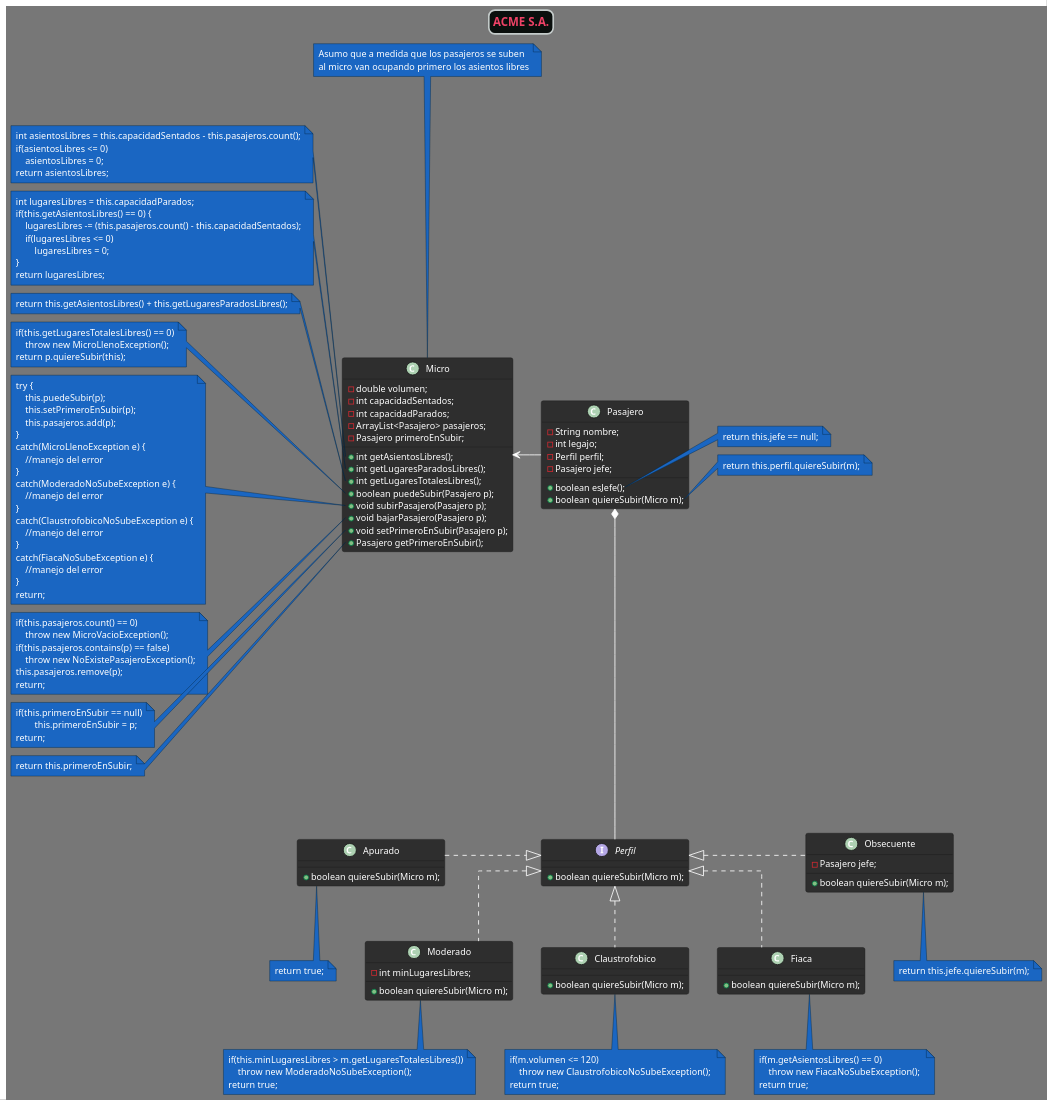
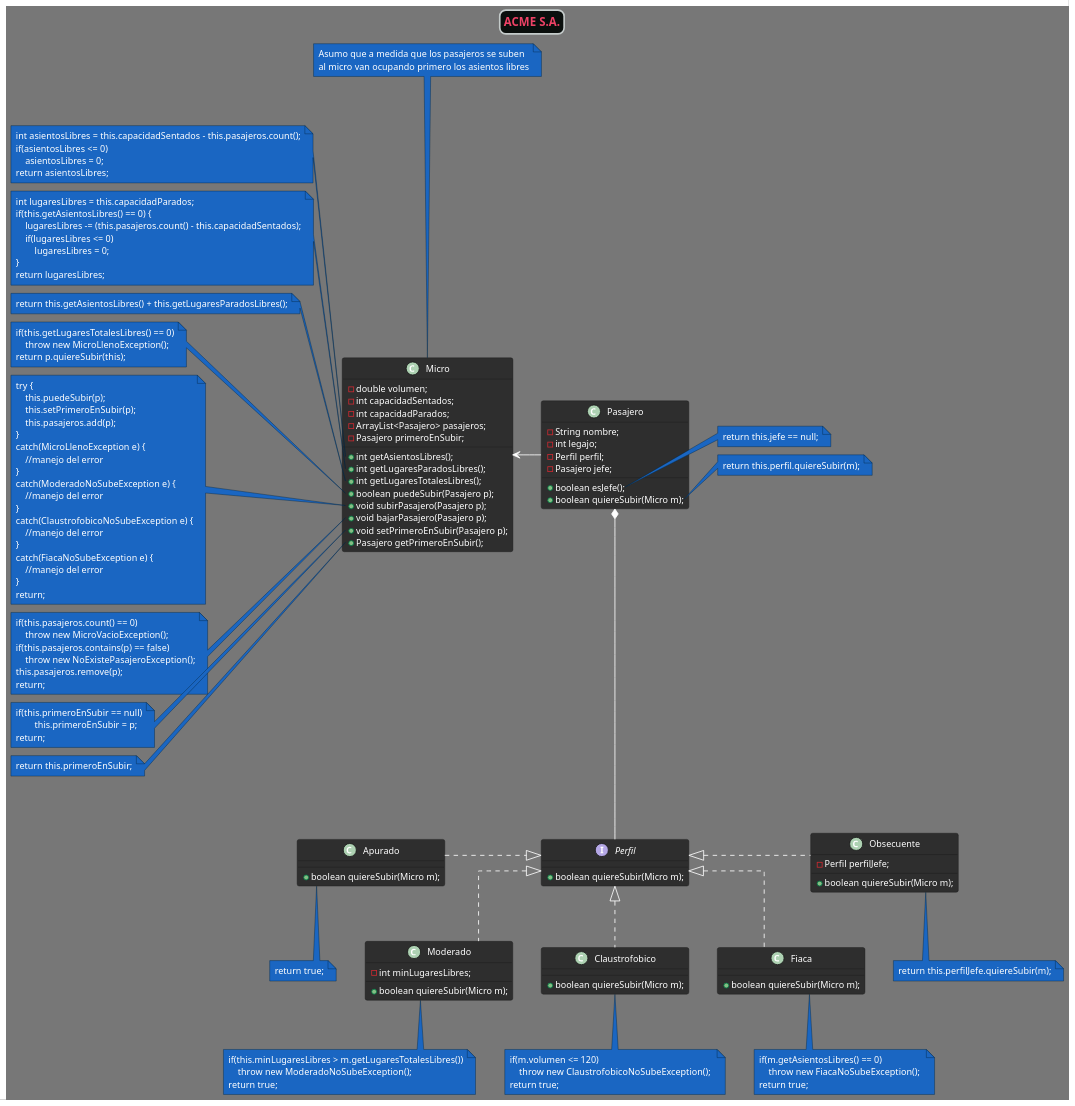
The diagram in EjercicioMicros/src/diagrama.puml (m-doce/ejercicios_utn), drawn with PlantUML before and after one commit. The commit also changed 4 other files, not shown here.

```diff
--- a/EjercicioMicros/src/diagrama.puml
+++ b/EjercicioMicros/src/diagrama.puml
@@ -1,178 +1,178 @@
 @startuml
 title "ACME S.A."
 !theme reddress-darkblue
 scale 1.3
 skinparam Linetype ortho
 skinparam titleBorderRoundCorner 15
 skinparam titleBorderThickness 2
 skinparam titleBorderColor #C4CBCA
 skinparam titleBackgroundColor #0A0F0D
 skinparam defaultFontColor #FFFFFF
 skinparam titleFontColor #EE4266
 
 
 
 class Micro {
     -double volumen;
     -int capacidadSentados;
     -int capacidadParados;
     -ArrayList<Pasajero> pasajeros;
     -Pasajero primeroEnSubir;
 
     +int getAsientosLibres();
     +int getLugaresParadosLibres();
     +int getLugaresTotalesLibres();
     +boolean puedeSubir(Pasajero p);
     +void subirPasajero(Pasajero p);
     +void bajarPasajero(Pasajero p);
     +void setPrimeroEnSubir(Pasajero p);
     +Pasajero getPrimeroEnSubir();
 }
 
 class Pasajero {
     -String nombre;
     -int legajo;
     -Perfil perfil;
     -Pasajero jefe;
 
     +boolean esJefe();
     +boolean quiereSubir(Micro m);
 }
 
 interface Perfil {
     +boolean quiereSubir(Micro m);
 }
 
 class Apurado {
     +boolean quiereSubir(Micro m);
 }
 
 class Claustrofobico {
     +boolean quiereSubir(Micro m);
 }
 
 class Fiaca {
     +boolean quiereSubir(Micro m);
 }
 
 class Moderado {
     -int minLugaresLibres;
 
     +boolean quiereSubir(Micro m);
 }
 
 class Obsecuente {
-    -Pasajero jefe;
+    -Perfil perfilJefe;
 
     +boolean quiereSubir(Micro m);
 }
 
 
 
 'Relaciones
 Pasajero -l-> Micro
 Pasajero *-- Perfil
 
 Perfil <|.l. Apurado
 Perfil <|.. Claustrofobico
 Perfil <|.. Fiaca
 Perfil <|.. Moderado
 Perfil <|.r. Obsecuente
 
 
 'Notas
 'Perfiles
 note bottom of Apurado: return true;
 
 note bottom of Claustrofobico: if(m.volumen <= 120)\n    throw new ClaustrofobicoNoSubeException(); \nreturn true;
 
 note bottom of Fiaca: if(m.getAsientosLibres() == 0)\n    throw new FiacaNoSubeException(); \nreturn true;
 
 note bottom of Moderado: if(this.minLugaresLibres > m.getLugaresTotalesLibres())\n    throw new ModeradoNoSubeException(); \nreturn true;
 
-note bottom of Obsecuente: return this.jefe.quiereSubir(m);
+note bottom of Obsecuente: return this.perfilJefe.quiereSubir(m);
 
 'Pasajero
 note right of Pasajero::esJefe
 return this.jefe == null;
 endnote
 
 note right of Pasajero::quiereSubir
 return this.perfil.quiereSubir(m);
 endnote
 
 'Micro
 note as N1
 Asumo que a medida que los pasajeros se suben
 al micro van ocupando primero los asientos libres
 endnote
 Micro -u- N1
 
 note left of Micro::getAsientosLibres
 int asientosLibres = this.capacidadSentados - this.pasajeros.count();
 if(asientosLibres <= 0)
     asientosLibres = 0;
 return asientosLibres;
 endnote
 
 note left of Micro::getLugaresParadosLibres
 int lugaresLibres = this.capacidadParados;
 if(this.getAsientosLibres() == 0) {
     lugaresLibres -= (this.pasajeros.count() - this.capacidadSentados);
     if(lugaresLibres <= 0)
         lugaresLibres = 0;
 }
 return lugaresLibres;
 endnote
 
 note left of Micro::getLugaresTotalesLibres
 return this.getAsientosLibres() + this.getLugaresParadosLibres();
 endnote
 
 note left of Micro::puedeSubir
 if(this.getLugaresTotalesLibres() == 0)
     throw new MicroLlenoException();
 return p.quiereSubir(this);
 endnote
 
 note left of Micro::subirPasajero
 try {
     this.puedeSubir(p);
     this.setPrimeroEnSubir(p);
     this.pasajeros.add(p);
 }
 catch(MicroLlenoException e) {
     //manejo del error
 }
 catch(ModeradoNoSubeException e) {
     //manejo del error
 }
 catch(ClaustrofobicoNoSubeException e) {
     //manejo del error
 }
 catch(FiacaNoSubeException e) {
     //manejo del error
 }
 return;
 endnote
 
 note left of Micro::bajarPasajero
 if(this.pasajeros.count() == 0)
     throw new MicroVacioException();
 if(this.pasajeros.contains(p) == false)
     throw new NoExistePasajeroException();
 this.pasajeros.remove(p);
 return;
 endnote
 
 note left of Micro::setPrimeroEnSubir
 if(this.primeroEnSubir == null)
         this.primeroEnSubir = p;
 return;
 endnote
 
 note left of Micro::getPrimeroEnSubir
 return this.primeroEnSubir;
 endnote
 
 @enduml
```
